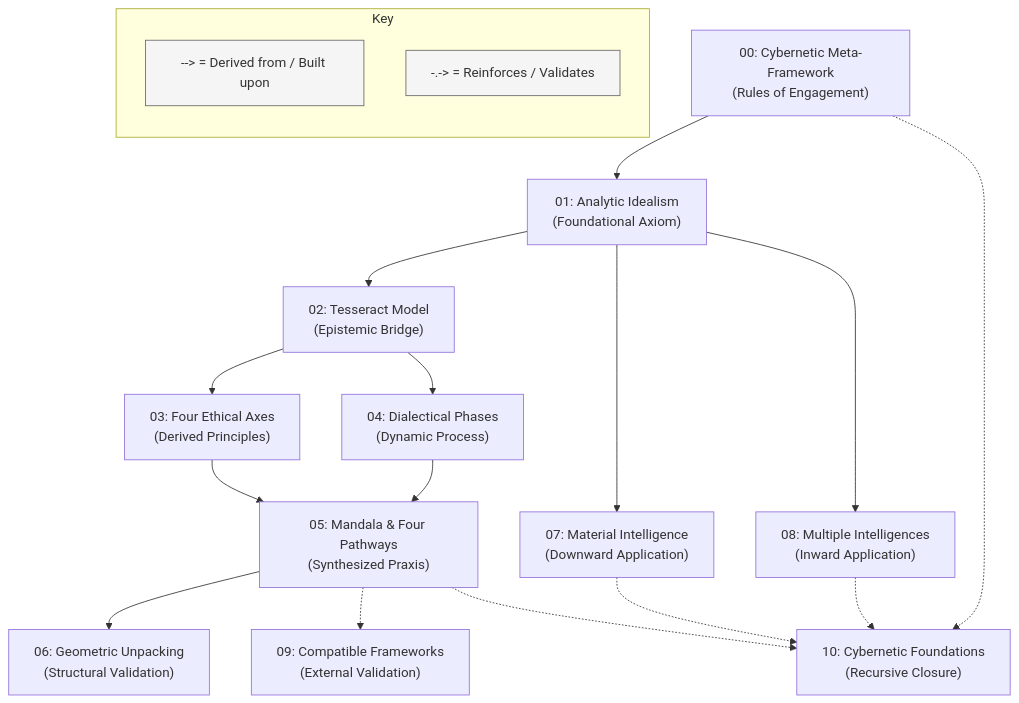
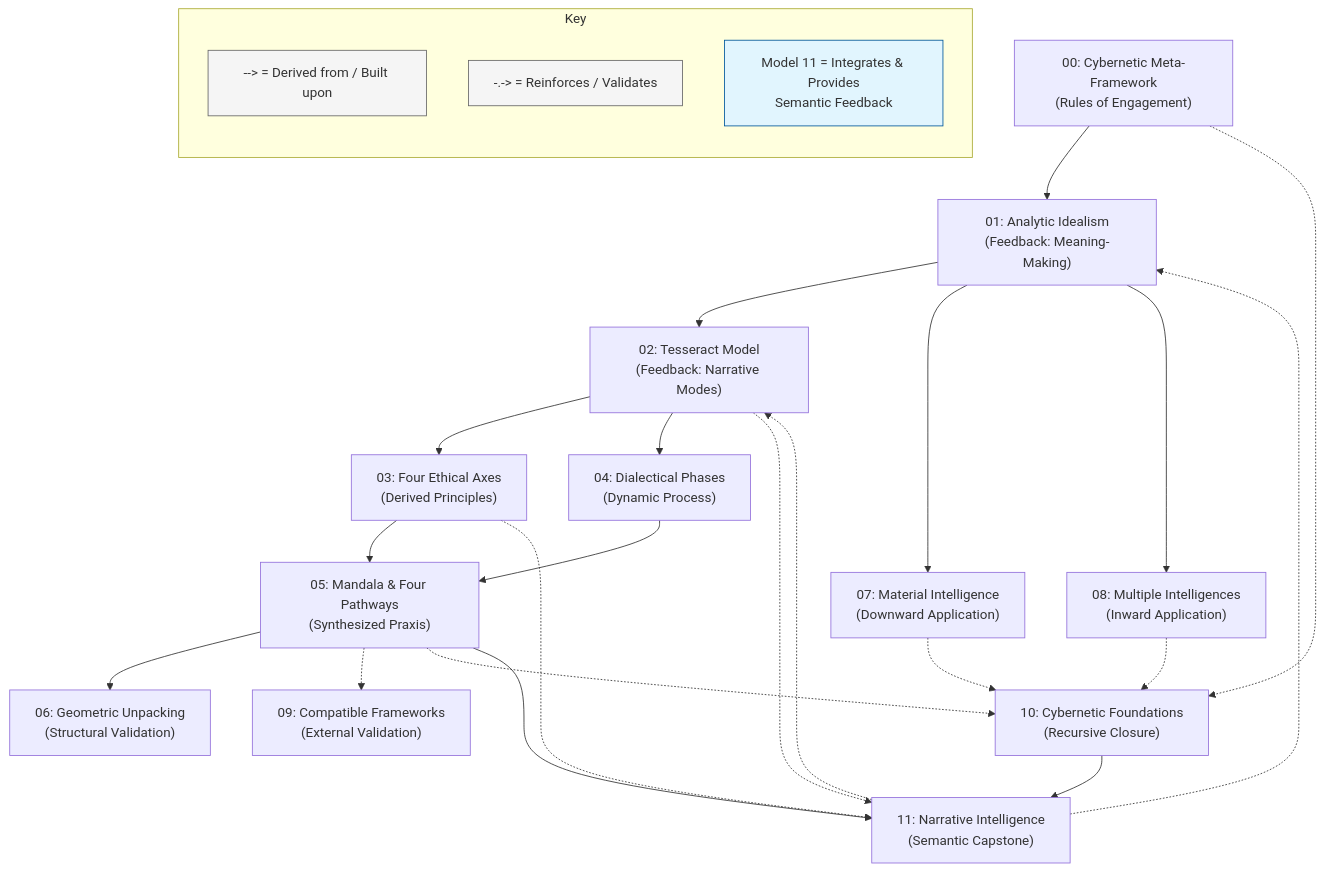
One commit to ravaioli/solarpunk-mandala changed the diagram in framework/core-model/index.md. Above: the diagram before and after it, drawn with Mermaid. The commit also changed other lines of this file, not shown here.

````diff
--- a/framework/core-model/index.md
+++ b/framework/core-model/index.md
@@ -42,30 +45,41 @@
 ```mermaid
 graph TD
-    A["00: Cybernetic Meta-Framework<br>(Rules of Engagement)"] --> B
-    B["01: Analytic Idealism<br>(Foundational Axiom)"] --> C
-    C["02: Tesseract Model<br>(Epistemic Bridge)"] --> D
+    A["00: Cybernetic Meta-Framework<br/>(Rules of Engagement)"] --> B
+    B["01: Analytic Idealism<br/>(Foundational Axiom)"] --> C
+    C["02: Tesseract Model<br/>(Epistemic Bridge)"] --> D
     C --> E
-    D["03: Four Ethical Axes<br>(Derived Principles)"] --> F
-    E["04: Dialectical Phases<br>(Dynamic Process)"] --> F
-    F["05: Mandala & Four Pathways<br>(Synthesized Praxis)"] --> G
-    G["06: Geometric Unpacking<br>(Structural Validation)"]
+    D["03: Four Ethical Axes<br/>(Derived Principles)"] --> F
+    E["04: Dialectical Phases<br/>(Dynamic Process)"] --> F
+    F["05: Mandala & Four Pathways<br/>(Synthesized Praxis)"] --> G
+    G["06: Geometric Unpacking<br/>(Structural Validation)"]
     
-    B --> H["07: Material Intelligence<br>(Downward Application)"]
-    B --> I["08: Multiple Intelligences<br>(Inward Application)"]
+    B --> H["07: Material Intelligence<br/>(Downward Application)"]
+    B --> I["08: Multiple Intelligences<br/>(Inward Application)"]
     
-    F -.-> J["09: Compatible Frameworks<br>(External Validation)"]
+    F -.-> J["09: Compatible Frameworks<br/>(External Validation)"]
     
-    A -.-> K["10: Cybernetic Foundations<br>(Recursive Closure)"]
+    A -.-> K["10: Cybernetic Foundations<br/>(Recursive Closure)"]
     F -.-> K
     H -.-> K
     I -.-> K
+
+    %% NEW MODEL 11: THE INTEGRATIVE CAPSTONE
+    K --> L["11: Narrative Intelligence<br/>(Semantic Capstone)"]
+    F --> L
+    C -.-> L
+    D -.-> L
+    
+    L -.-> B["01: Analytic Idealism<br/>(Feedback: Meaning-Making)"]
+    L -.-> C["02: Tesseract Model<br/>(Feedback: Narrative Modes)"]
 
     %% SIMPLE LEGEND
     subgraph Legend [Key]
         direction TB
         L1["--> = Derived from / Built upon"]
         L2["-.-> = Reinforces / Validates"]
+        L3["Model 11 = Integrates & Provides<br/>Semantic Feedback"]
         style L1 fill:#f5f5f5,stroke:#666
         style L2 fill:#f5f5f5,stroke:#666
+        style L3 fill:#e1f5fe,stroke:#01579b
     end
 ```
````
